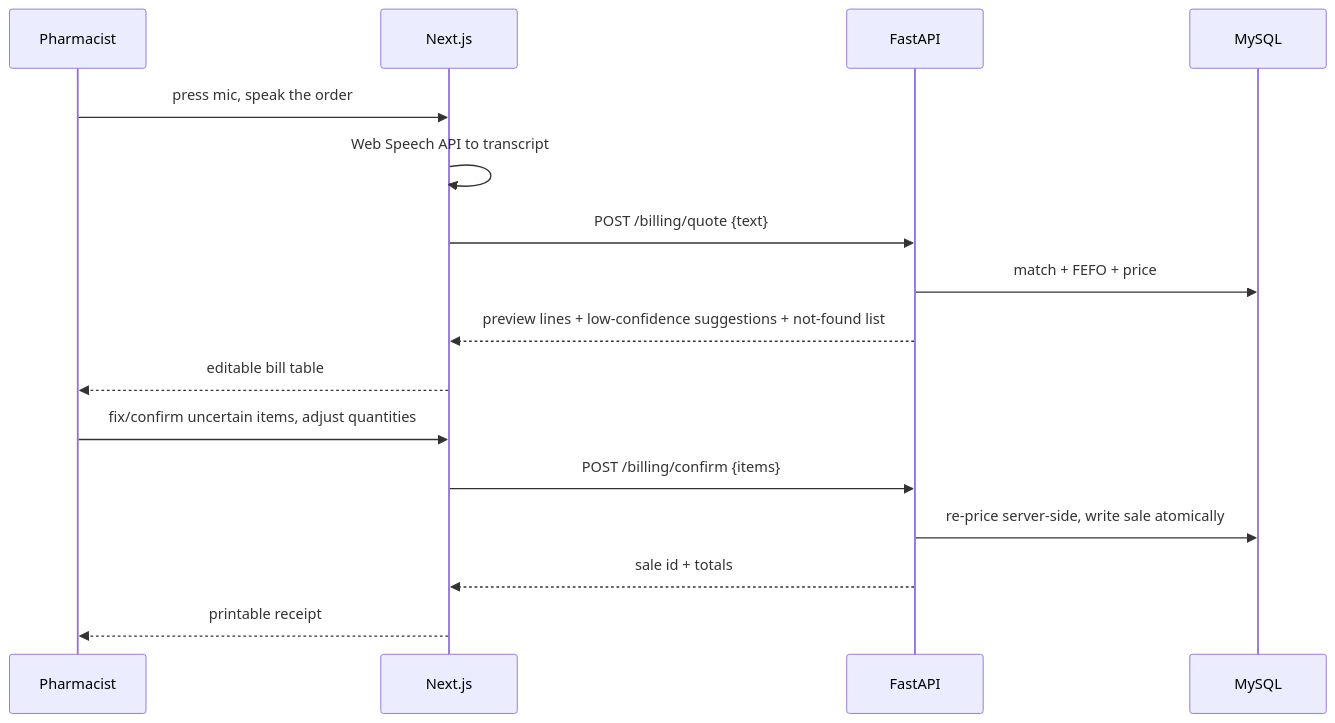
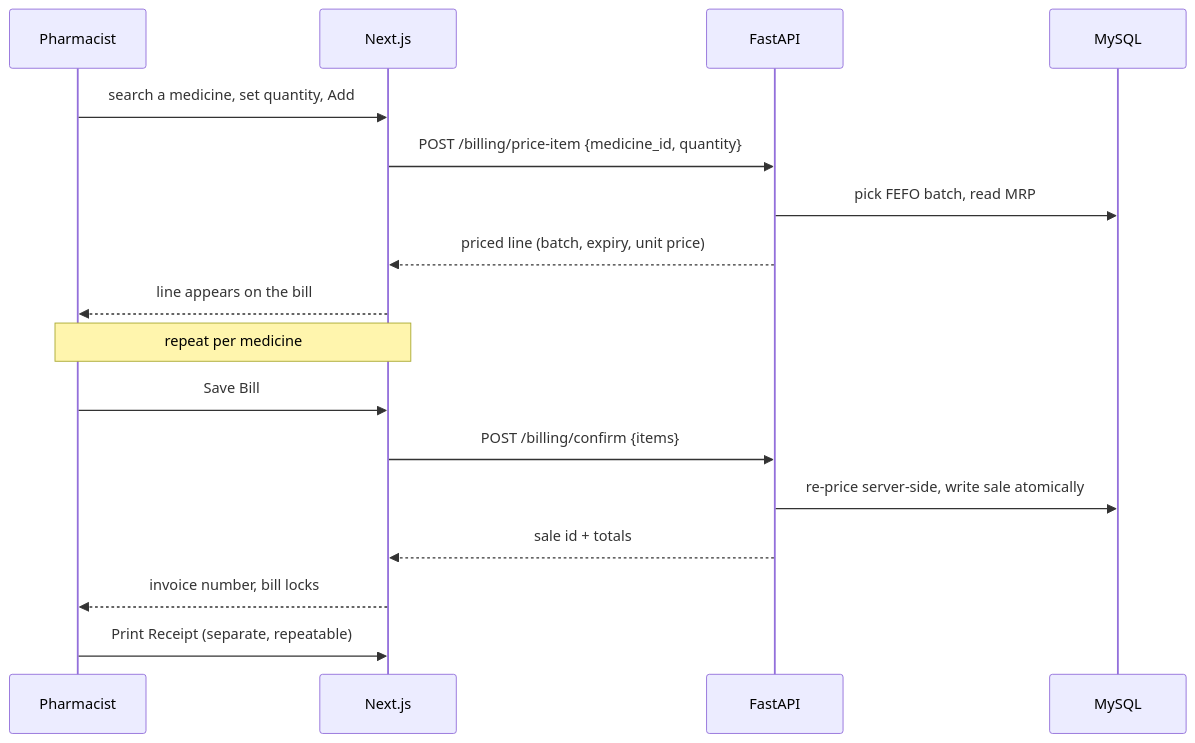
One commit to anurag-main/AI-Powered-Connected-Pharmacy-Ecosystem changed the eighth of 10 diagrams in PROJECT_OVERVIEW.md. Above: the diagram before and after it, drawn with Mermaid. The commit also changed other lines of this file and 1 other file, not shown here.

First line of the commit message:
Update docs for manual billing and sales history

````diff
--- a/PROJECT_OVERVIEW.md
+++ b/PROJECT_OVERVIEW.md
@@ -519,19 +538,20 @@
 ```mermaid
 sequenceDiagram
     participant P as Pharmacist
     participant UI as Next.js
     participant API as FastAPI
     participant DB as MySQL
 
-    P->>UI: press mic, speak the order
-    UI->>UI: Web Speech API to transcript
-    UI->>API: POST /billing/quote {text}
-    API->>DB: match + FEFO + price
-    API-->>UI: preview lines + low-confidence suggestions + not-found list
-    UI-->>P: editable bill table
-    P->>UI: fix/confirm uncertain items, adjust quantities
+    P->>UI: search a medicine, set quantity, Add
+    UI->>API: POST /billing/price-item {medicine_id, quantity}
+    API->>DB: pick FEFO batch, read MRP
+    API-->>UI: priced line (batch, expiry, unit price)
+    UI-->>P: line appears on the bill
+    Note over P,UI: repeat per medicine
+    P->>UI: Save Bill
     UI->>API: POST /billing/confirm {items}
     API->>DB: re-price server-side, write sale atomically
     API-->>UI: sale id + totals
-    UI-->>P: printable receipt
+    UI-->>P: invoice number, bill locks
+    P->>UI: Print Receipt (separate, repeatable)
 ```
````
